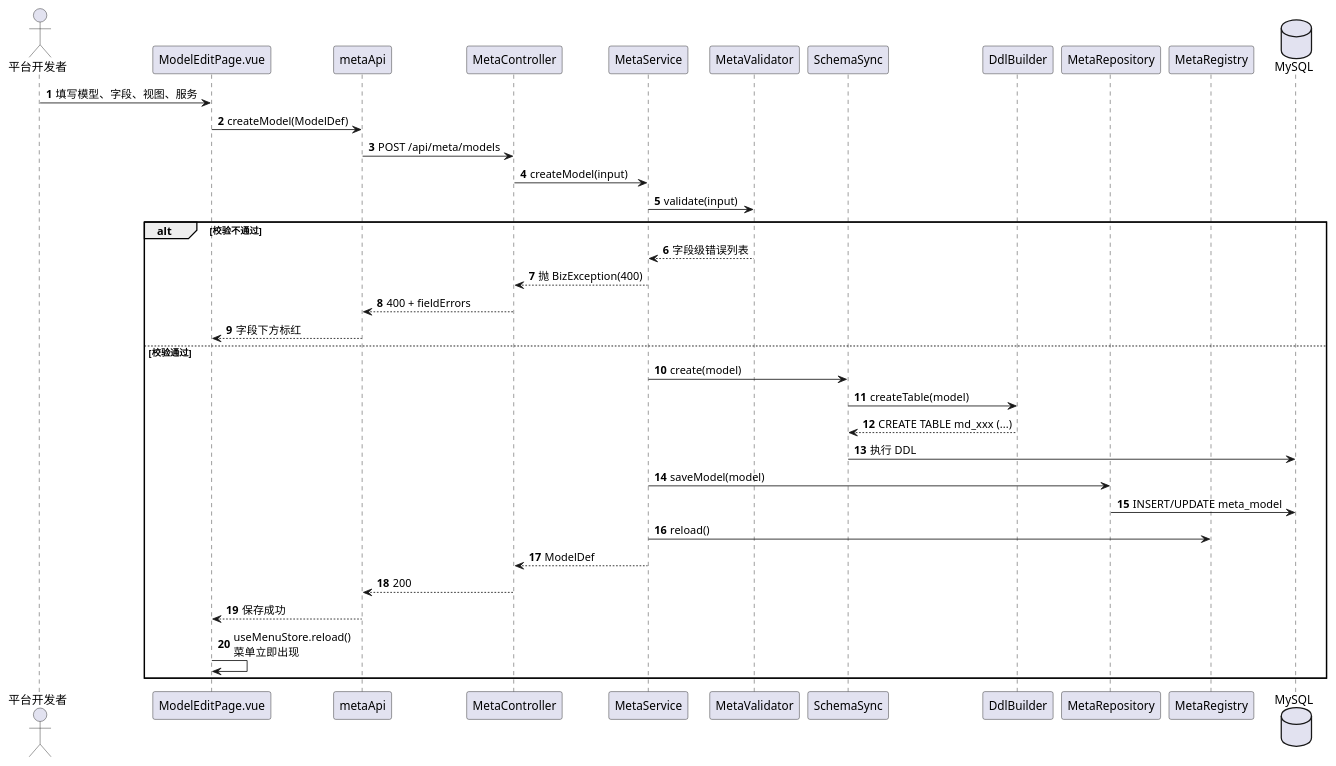
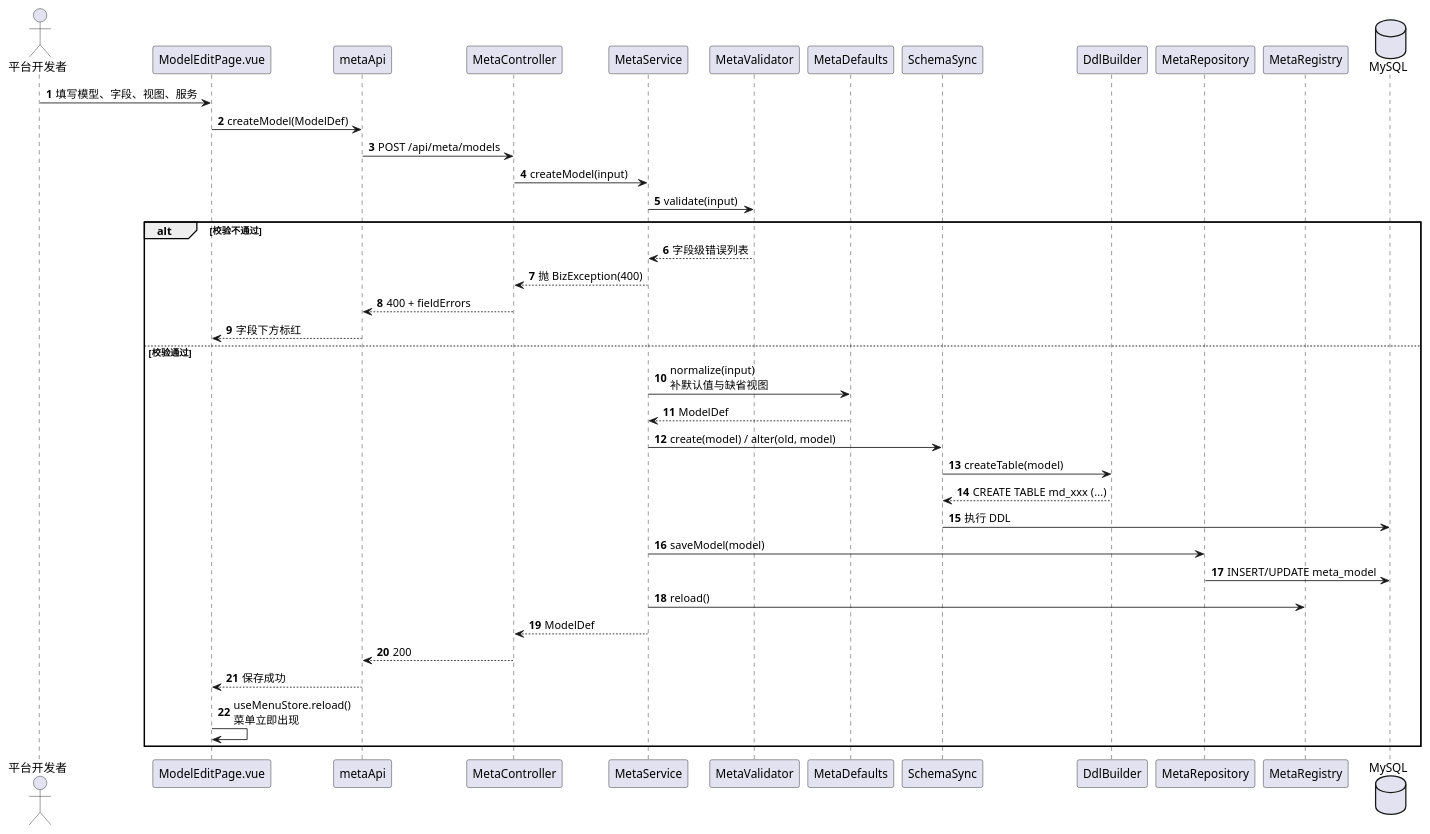
Before and after one commit to liyiming-dev/metaforge: the sixth of 8 diagrams in docs/dev-doc/03-项目设计.md, drawn with PlantUML. The commit also changed other lines of this file and 16 other files, not shown here.

Commit message:
docs: D6 按素材校正，导出 8 张设计图 PNG

````diff
--- a/docs/dev-doc/03-项目设计.md
+++ b/docs/dev-doc/03-项目设计.md
@@ -391,42 +395,45 @@
 ```plantuml
 @startuml
 skinparam shadowing false
 autonumber
 
 actor "平台开发者" as DEV
 participant "ModelEditPage.vue" as PAGE
 participant "metaApi" as API
 participant "MetaController" as MC
 participant "MetaService" as MS
 participant "MetaValidator" as MV
+participant "MetaDefaults" as MD
 participant "SchemaSync" as SS
 participant "DdlBuilder" as DDL
 participant "MetaRepository" as MR
 participant "MetaRegistry" as REG
 database "MySQL" as DB
 
 DEV -> PAGE : 填写模型、字段、视图、服务
 PAGE -> API : createModel(ModelDef)
 API -> MC : POST /api/meta/models
 MC -> MS : createModel(input)
 MS -> MV : validate(input)
 alt 校验不通过
   MV --> MS : 字段级错误列表
   MS --> MC : 抛 BizException(400)
   MC --> API : 400 + fieldErrors
   API --> PAGE : 字段下方标红
 else 校验通过
-  MS -> SS : create(model)
+  MS -> MD : normalize(input)\n补默认值与缺省视图
+  MD --> MS : ModelDef
+  MS -> SS : create(model) / alter(old, model)
   SS -> DDL : createTable(model)
   DDL --> SS : CREATE TABLE md_xxx (...)
   SS -> DB : 执行 DDL
   MS -> MR : saveModel(model)
   MR -> DB : INSERT/UPDATE meta_model
   MS -> REG : reload()
   MS --> MC : ModelDef
   MC --> API : 200
   API --> PAGE : 保存成功
   PAGE -> PAGE : useMenuStore.reload()\n菜单立即出现
 end
 @enduml
 ```
````
